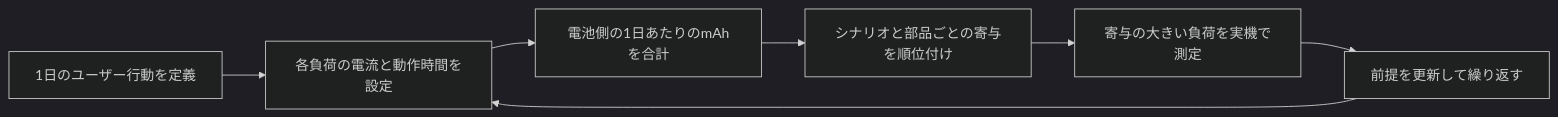
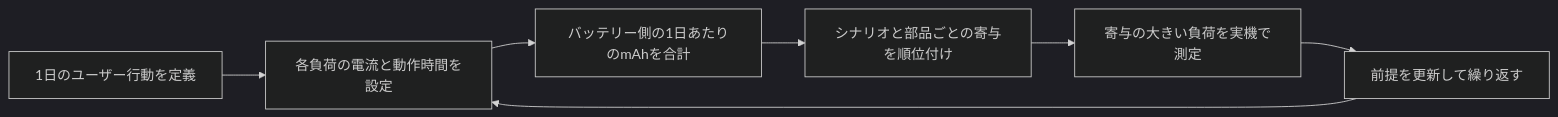
The first of 4 diagrams in docs_ja/learn/low-power/smartwatch-power-profiling.md (uForge-io/uforge-site), drawn with Mermaid (dark theme) before and after one commit. The commit also changed other lines of this file and 500 other files, not shown here.

````diff
--- a/docs_ja/learn/low-power/smartwatch-power-profiling.md
+++ b/docs_ja/learn/low-power/smartwatch-power-profiling.md
@@ -111,9 +111,9 @@
 ```mermaid
 flowchart LR
     A["1日のユーザー行動を定義"] --> B["各負荷の電流と動作時間を設定"]
-    B --> C["電池側の1日あたりのmAhを合計"]
+    B --> C["バッテリー側の1日あたりのmAhを合計"]
     C --> D["シナリオと部品ごとの寄与を順位付け"]
     D --> E["寄与の大きい負荷を実機で測定"]
     E --> F["前提を更新して繰り返す"]
     F --> B
 ```
````
